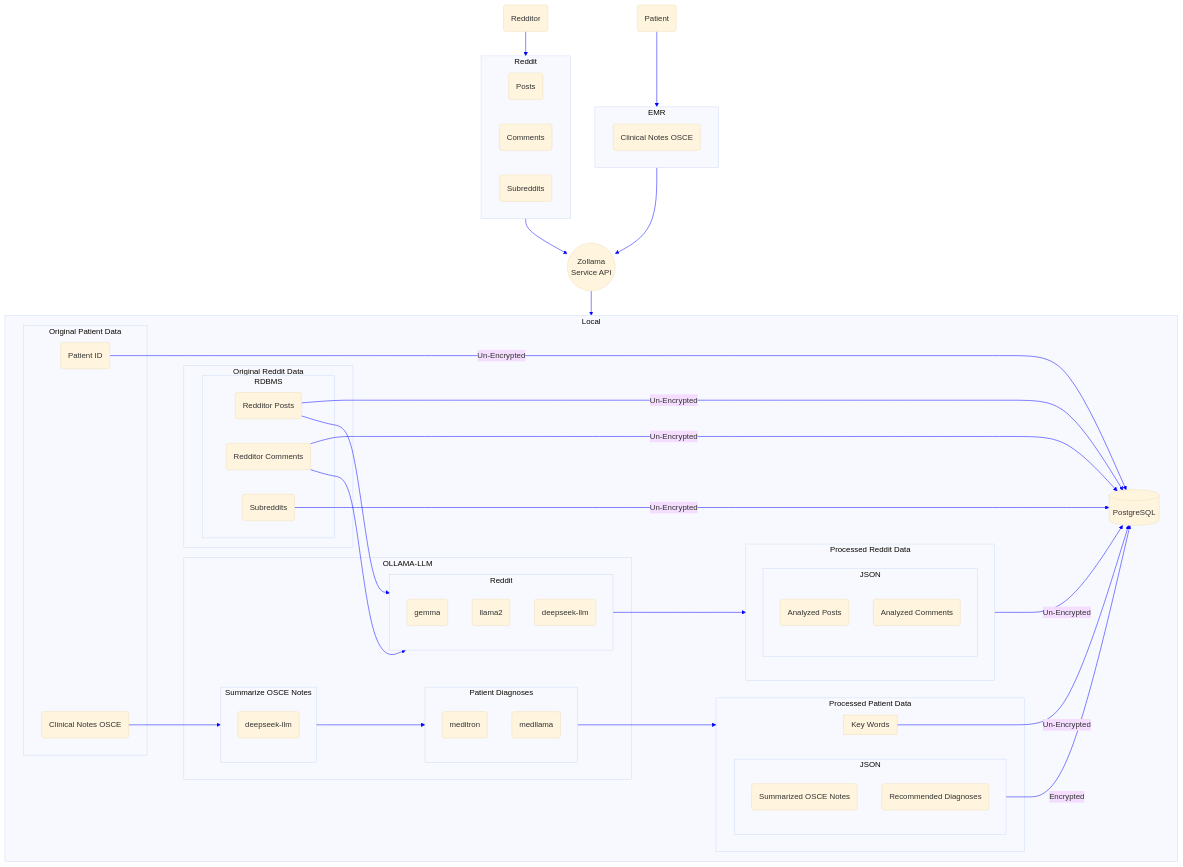
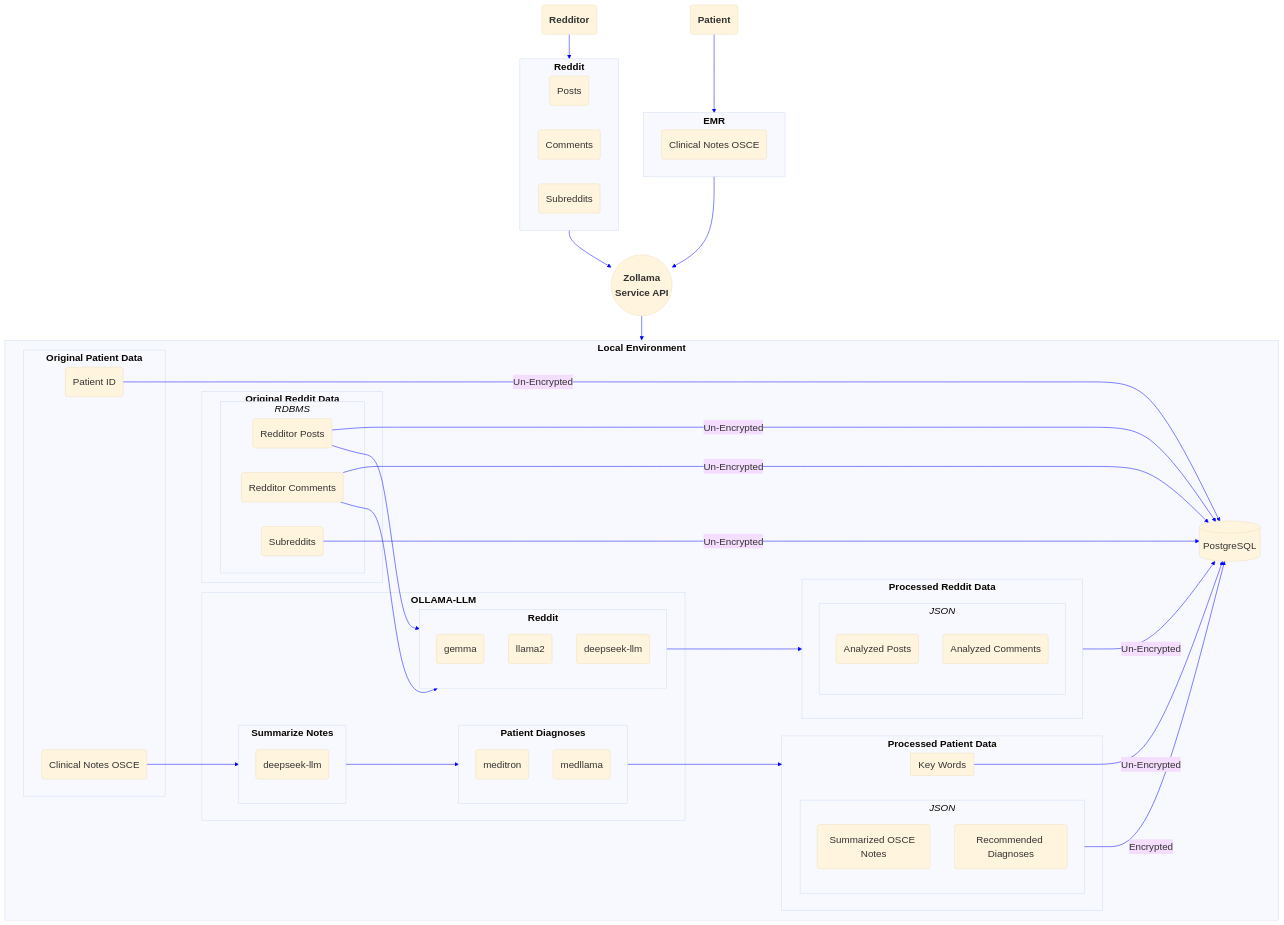
Before and after one commit to ovaisq/LLM-MedBillingForecast: the first of 3 diagrams in README.md, drawn with Mermaid.

````diff
--- a/README.md
+++ b/README.md
@@ -5,15 +5,18 @@
 ```mermaid
-%%{init: {'theme': 'base', 'themeVariables': {'lineColor': 'Blue'}}}%%
+---
+displayMode : compact
+---
+%%{init: {'theme': 'base', 'themeVariables': {'lineColor': 'Blue', 'fontSize':'20px',"fontFamily": "Trebuchet MS, Verdana, Arial, Sans-Serif"}}}%%
 flowchart TD
-Z((Zollama
-Service API))
+Z(("`**Zollama
+Service API**`"))
 A(gemma)
 AZA(llama2)
 AZB(deepseek-llm)
 B(meditron)
 BA(medllama)
-C(Patient)
-F(Redditor)
+C("`**Patient**`")
+F("`**Redditor**`")
 D[(PostgreSQL)]
 AE(Posts)
 AF(Comments)
@@ -25,7 +28,7 @@
 Z --> Local
 F --> Reddit
 
-subgraph Local
+subgraph Local["`**Local Environment**`"]
 
 PatientOllama --> ProcessedPatientData
 RedditOllama --> ProcessedRedditData
@@ -42,52 +45,52 @@
 OPDB -- "Un-Encrypted" --> D
 DiagnosticKeyWords -- "Un-Encrypted" --> D
 
-subgraph OriginalPatientData["Original Patient Data"]
+subgraph OriginalPatientData["`**Original Patient Data**`"]
 OPDA(Clinical Notes OSCE)
 OPDB(Patient ID)
 end
-subgraph RedditData["Original Reddit Data"]
-subgraph RDBMS
+subgraph RedditData["`**Original Reddit Data**`"]
+subgraph RDBMS["`_RDBMS_`"]
 RDD(Redditor Posts)
 RDE(Redditor Comments)
 RDC(Subreddits)
 end
 end
 
-subgraph OLLAMA-LLM
+subgraph OLLAMA-LLM["`**OLLAMA-LLM**`"]
 
-subgraph RedditOllama["Reddit"]
+subgraph RedditOllama["`**Reddit**`"]
 A
 AZA
 AZB
 end
-subgraph Summary["Summarize OSCE Notes"]
+subgraph Summary["`**Summarize Notes**`" ]
 SA(deepseek-llm)
 end
-subgraph PatientOllama["Patient Diagnoses"]
+subgraph PatientOllama["`**Patient Diagnoses**`"]
 B
 BA
 end
 end
-subgraph ProcessedPatientData["Processed Patient Data"]
-subgraph PJSON["JSON"]
+subgraph ProcessedPatientData["`**Processed Patient Data**`"]
+subgraph PJSON["`_JSON_`"]
 PDB(Summarized OSCE Notes)
 PDC(Recommended Diagnoses)
 end
 subgraph DiagnosticKeyWords["Key Words"]
 end
 end
-subgraph ProcessedRedditData["Processed Reddit Data"]
-subgraph JSON
+subgraph ProcessedRedditData["`**Processed Reddit Data**`"]
+subgraph JSON["`_JSON_`"]
 RDA(Analyzed Posts)
 RDB(Analyzed Comments)
 end
 end
 end
-subgraph EMR
+subgraph EMR["`**EMR**`"]
 CAC
 end
-subgraph Reddit
+subgraph Reddit["`**Reddit**`"]
 AE
 AF
 AG
````
